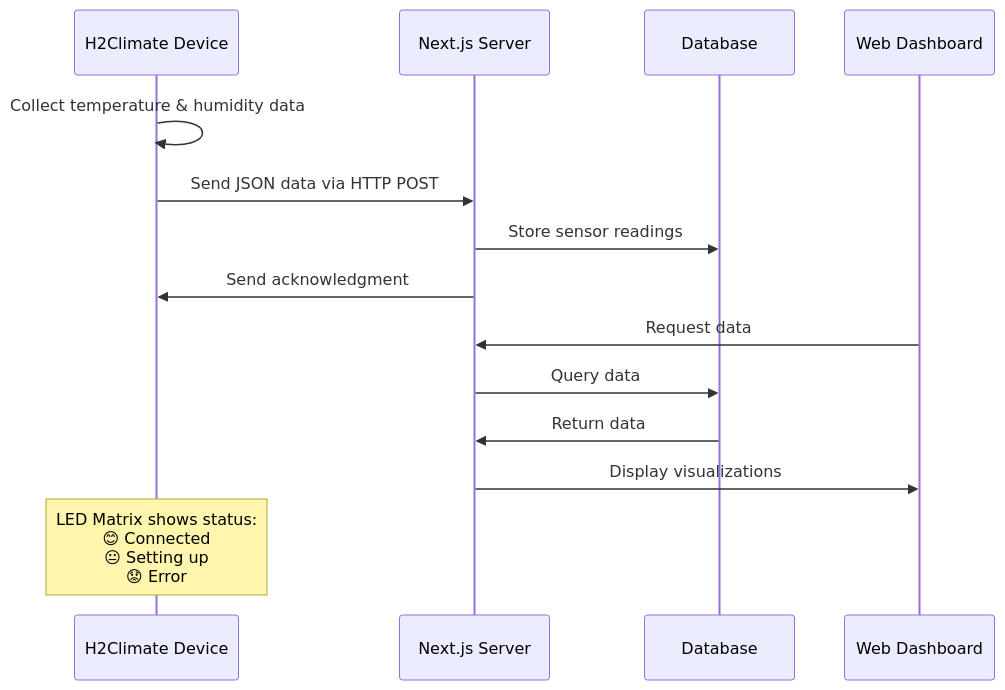
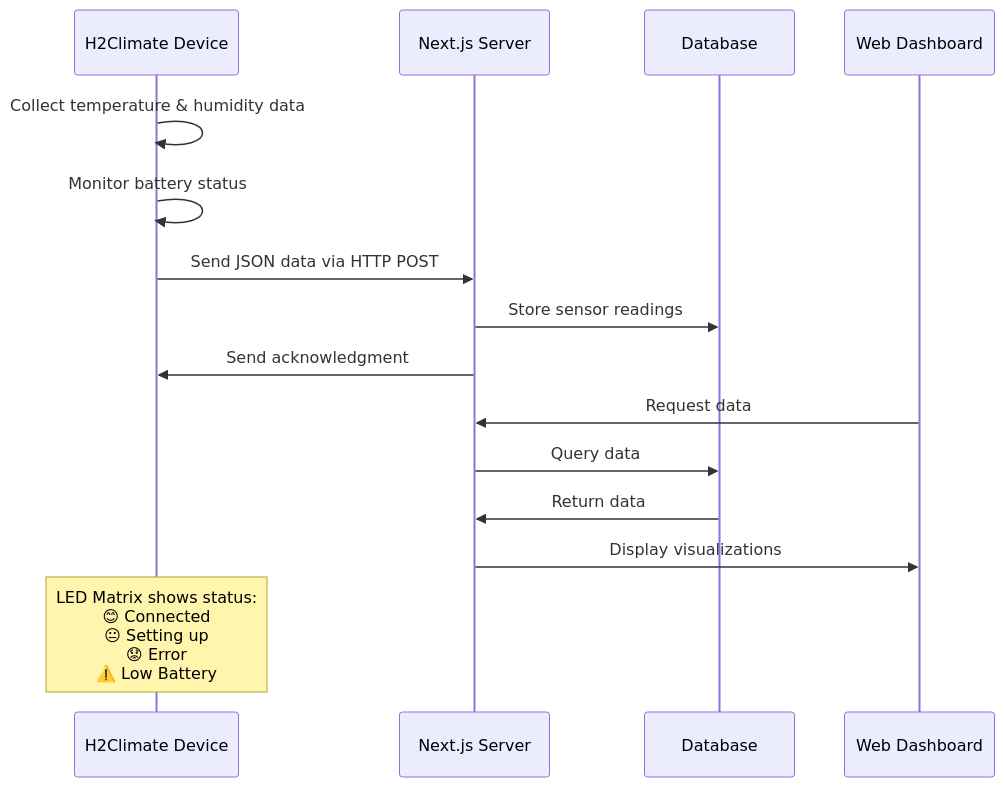
The third of 5 diagrams in README.md (Best-Company-A-S/office-clima-device), drawn with Mermaid before and after one commit. The commit also changed other lines of this file and 1 other file, not shown here.

Commit message:
Updated README.md to include new features such as battery monitoring, OTA updates, and enhanced data buffering. Added project status section and updated installation instructions. Improved communication protocol details with battery status information.

````diff
--- a/README.md
+++ b/README.md
@@ -98,18 +116,19 @@
 ```mermaid
 sequenceDiagram
     participant Device as H2Climate Device
     participant Server as Next.js Server
     participant Database as Database
     participant UI as Web Dashboard
 
     Device->>Device: Collect temperature & humidity data
+    Device->>Device: Monitor battery status
     Device->>Server: Send JSON data via HTTP POST
     Server->>Database: Store sensor readings
     Server->>Device: Send acknowledgment
     UI->>Server: Request data
     Server->>Database: Query data
     Database->>Server: Return data
     Server->>UI: Display visualizations
 
-    Note over Device: LED Matrix shows status:<br/>😊 Connected<br/>😐 Setting up<br/>😟 Error
+    Note over Device: LED Matrix shows status:<br/>😊 Connected<br/>😐 Setting up<br/>😟 Error<br/>⚠️ Low Battery
 ```
````
